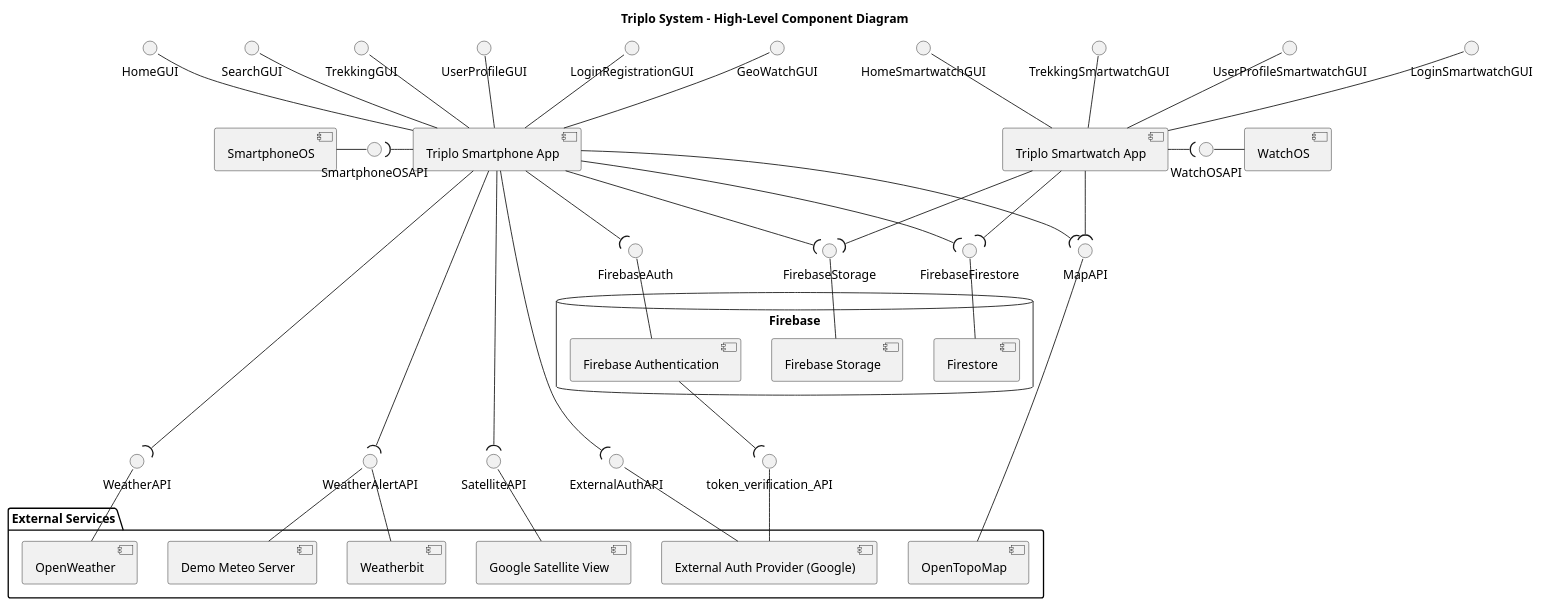
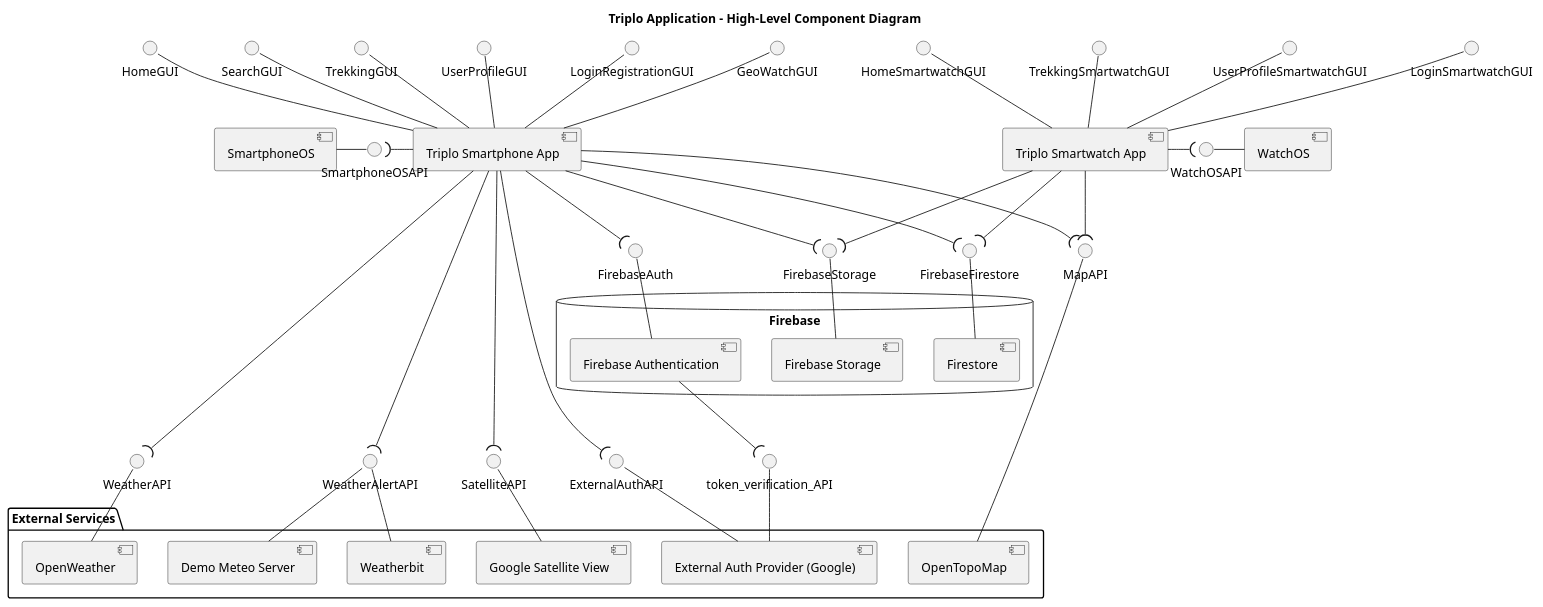
Before and after one commit to SofiaTerracciano/Triplo: the diagram in documentation/Diagrams/high level component diagram.puml, drawn with PlantUML. The commit also changed 1 other file, not shown here.

Commit message:
high level component diagram png

```diff
--- a/documentation/Diagrams/high level component diagram.puml
+++ b/documentation/Diagrams/high level component diagram.puml
@@ -1,196 +1,196 @@
 @startuml
-title Triplo System - High-Level Component Diagram
+title Triplo Application - High-Level Component Diagram
 
 
 'skinparam packageStyle rectangle
 
 
 '========================
 ' Mobile applications
 '========================
 component "Triplo Smartphone App" as SmartphoneApp 
 component "Triplo Smartwatch App" as WatchApp 
 
 
 '--- GUIs (Smartphone)
 interface "HomeGUI" as HomeGUI
 interface "SearchGUI" as SearchGUI
 interface "TrekkingGUI" as TrekkingGUI
 interface "UserProfileGUI" as UserProfileGUI
 interface "LoginRegistrationGUI" as LoginGUI
 HomeGUI -down- SmartphoneApp
 SearchGUI -down- SmartphoneApp
 TrekkingGUI -down- SmartphoneApp
 UserProfileGUI -down- SmartphoneApp
 LoginGUI -down- SmartphoneApp
 
 
 
 
 interface "GeoWatchGUI" as GeoWatchGUI
 GeoWatchGUI -down- SmartphoneApp
 interface "HomeSmartwatchGUI" 
 interface "TrekkingSmartwatchGUI" 
 interface "UserProfileSmartwatchGUI" 
 interface "LoginSmartwatchGUI" 
 HomeSmartwatchGUI -down- WatchApp
 
 TrekkingSmartwatchGUI -down- WatchApp
 UserProfileSmartwatchGUI -down- WatchApp
 LoginSmartwatchGUI -down- WatchApp
 
 
 
 
 
 
 
 '========================
 ' Firebase as backend
 '========================
 database "Firebase" as FirebasePkg {
   component "Firebase Authentication" as FirebaseAuth
   component "Firestore" as Firestore
   component "Firebase Storage" as FirebaseStorage
 }
 
 interface FirebaseAuth as FAuth
 interface FirebaseFirestore as FFirestore
 interface FirebaseStorage as FStorage
 
 SmartphoneApp --( FAuth 
 FAuth -- FirebaseAuth
 SmartphoneApp --( FFirestore 
 FFirestore -- Firestore
 SmartphoneApp --( FStorage
 FStorage -- FirebaseStorage
 WatchApp --( FFirestore 
 WatchApp --( FStorage 
 
 'SmartphoneApp -- Firestore : Database API
 'SmartphoneApp -- FirebaseStorage : Storage API
 
 'WatchApp -- FirebaseAuth : Auth API
 'WatchApp -- Firestore : Database API
 'WatchApp -- FirebaseStorage : Storage API
 
 '========================
 ' External services
 '========================
 package "External Services" {
   component "OpenTopoMap" as OpenTopoMap
   component "Google Satellite View" as GSW
   component "OpenWeather" as OpenWeather
   component "Weatherbit" as Weatherbit
   component "External Auth Provider (Google)" as GoogleAuth
     component "Demo Meteo Server" as DemoMeteoServer
 }
 
 ' Mapping + weather consumed by the apps
 'SmartphoneApp -- OpenTopoMap : Maps API
 'SmartphoneApp -- GoogleSat : Tiles/Maps API
 'SmartphoneApp -- OpenWeather : Weather API
 'SmartphoneApp -- Weatherbit : Weather API
 
 'WatchApp -- OpenTopoMap : Maps API
 'WatchApp -- GoogleSat : Tiles/Maps API
 'WatchApp -- OpenWeather : Weather API
 'WatchApp -- Weatherbit : Weather API
 
 ' External auth (federated sign-in)
 'SmartphoneApp -- GoogleAuth : OAuth / Sign-In
 'WatchApp -- GoogleAuth : OAuth / Sign-In
 
 
 'SmartphoneApp -- DemoMeteoServer : Alert subscription / fetch
 'WatchApp -- DemoMeteoServer : Alert fetch
 
 interface MapAPI 
 interface ExternalAuthAPI
 
 interface WeatherAPI 
 interface WeatherAlertAPI
 
 
 
 
 
 interface SatelliteAPI
 
 
 
 
 
 
 
 
 
 
 
 SmartphoneApp --( MapAPI 
 MapAPI -- OpenTopoMap
 SmartphoneApp --(  ExternalAuthAPI 
 ExternalAuthAPI -- GoogleAuth
 
 
 SmartphoneApp --( WeatherAPI 
 WeatherAPI -- OpenWeather
 
 SmartphoneApp --( WeatherAlertAPI 
 WeatherAlertAPI -- Weatherbit
 
 SmartphoneApp --( SatelliteAPI
 SatelliteAPI -- GSW
 
 
 
 
 WeatherAlertAPI -- DemoMeteoServer
 
 
 
 
 
 
 interface token_verification_API
 FirebaseAuth --( token_verification_API
 token_verification_API -- GoogleAuth
 
 
 
 
 
 
 
 
 
 
 
 
 
 
 WatchApp --( MapAPI
 
 
 
 
 
 
 
 component SmartphoneOS
 component WatchOS
 
 interface SmartphoneOSAPI
 interface WatchOSAPI
 
 
 
 
 
 
 
 SmartphoneApp -left-( SmartphoneOSAPI
 SmartphoneOSAPI -left- SmartphoneOS
 WatchApp -right-( WatchOSAPI
 WatchOSAPI -right- WatchOS
 @enduml
```
